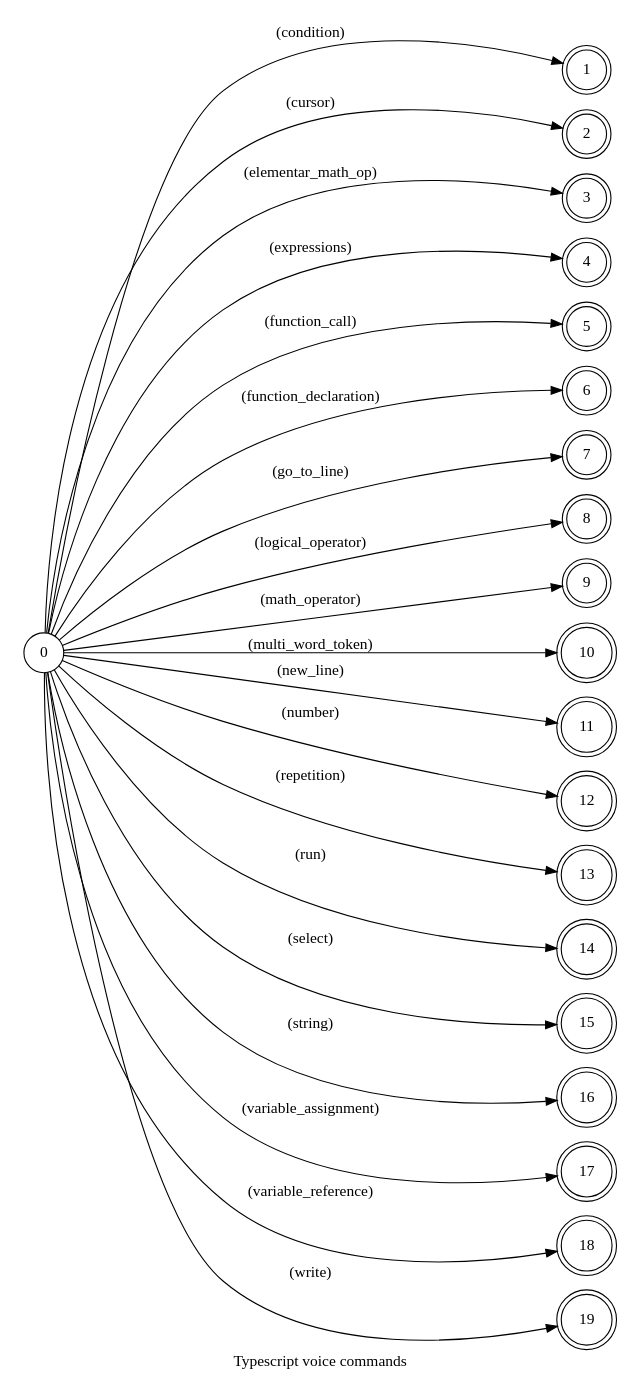
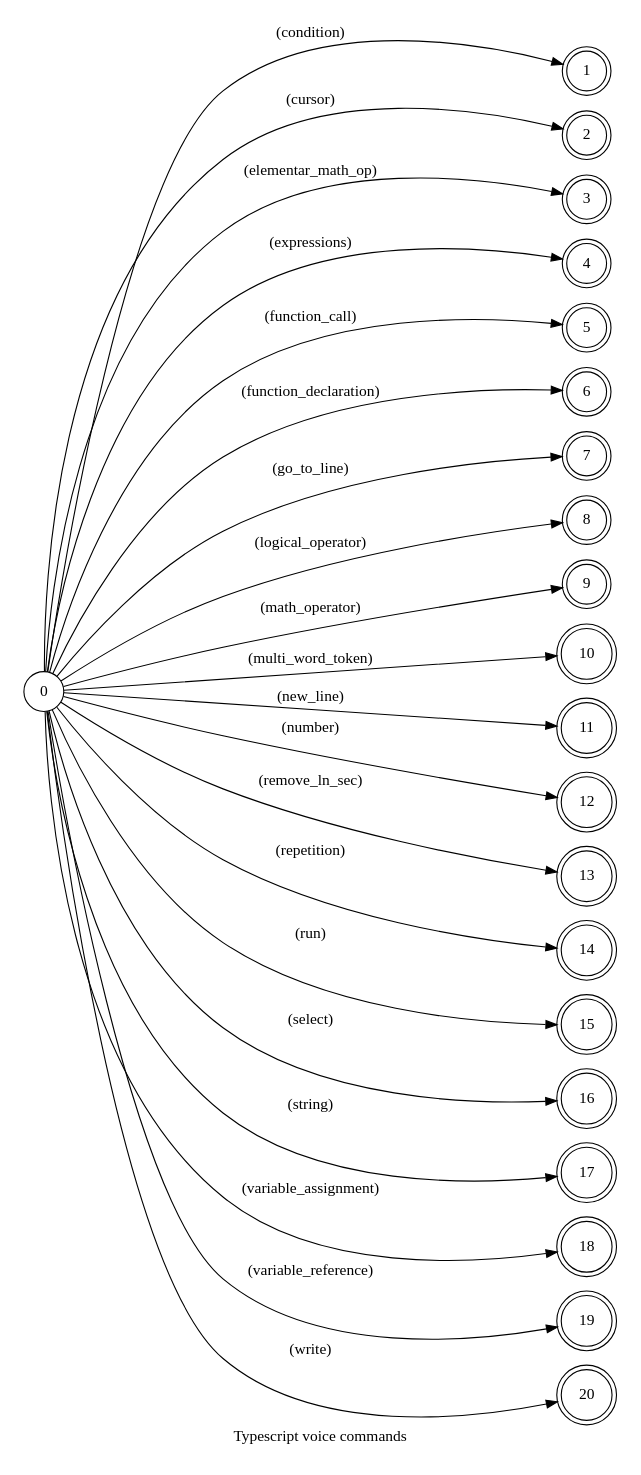
One commit to pedrooaugusto/speech-to-code changed the diagram in spoken/src/modules/typescript/typescript.dot. Above: the diagram before and after it, drawn with Graphviz. The commit also changed 66 other files, not shown here.

```diff
--- a/spoken/src/modules/typescript/typescript.dot
+++ b/spoken/src/modules/typescript/typescript.dot
@@ -1,37 +1,38 @@
 digraph TypeScript {
     id="typescript";
     label="Typescript voice commands";
     lang="en-US";
     langName="English";
     pad="0.2";
     rankdir=LR;
     nodesep="0.2";
     ranksep="4";
     node[shape=circle]; 0;
     node[shape=doublecircle];
 
     // START GENERATED
     0 -> 1 [label="(condition)"];
     0 -> 2 [label="(cursor)"];
     0 -> 3 [label="(elementar_math_op)"];
     0 -> 4 [label="(expressions)"];
     0 -> 5 [label="(function_call)"];
     0 -> 6 [label="(function_declaration)"];
     0 -> 7 [label="(go_to_line)"];
     0 -> 8 [label="(logical_operator)"];
     0 -> 9 [label="(math_operator)"];
     0 -> 10 [label="(multi_word_token)"];
     0 -> 11 [label="(new_line)"];
     0 -> 12 [label="(number)"];
-    0 -> 13 [label="(repetition)"];
-    0 -> 14 [label="(run)"];
-    0 -> 15 [label="(select)"];
-    0 -> 16 [label="(string)"];
-    0 -> 17 [label="(variable_assignment)"];
-    0 -> 18 [label="(variable_reference)"];
-    0 -> 19 [label="(write)"];
+    0 -> 13 [label="(remove_ln_sec)"];
+    0 -> 14 [label="(repetition)"];
+    0 -> 15 [label="(run)"];
+    0 -> 16 [label="(select)"];
+    0 -> 17 [label="(string)"];
+    0 -> 18 [label="(variable_assignment)"];
+    0 -> 19 [label="(variable_reference)"];
+    0 -> 20 [label="(write)"];
     // END GENERATED
 
     title="Typescript voice commands";
     desc="Collection of voice commands of the typescript language";
 }
```
